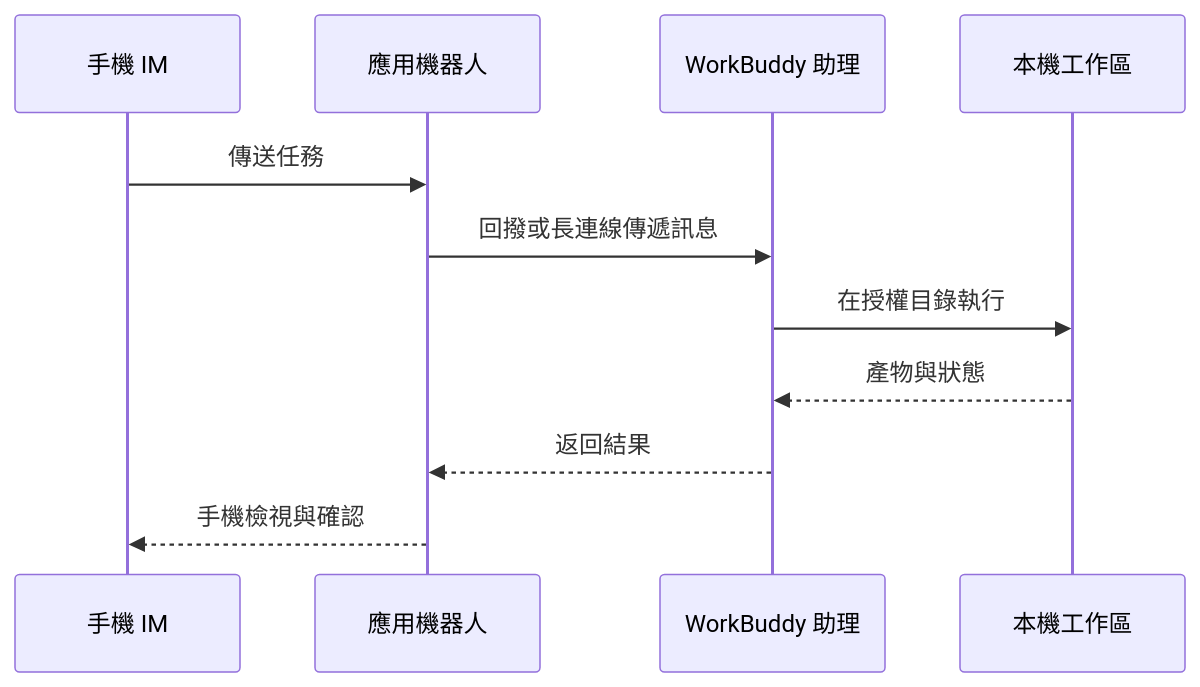
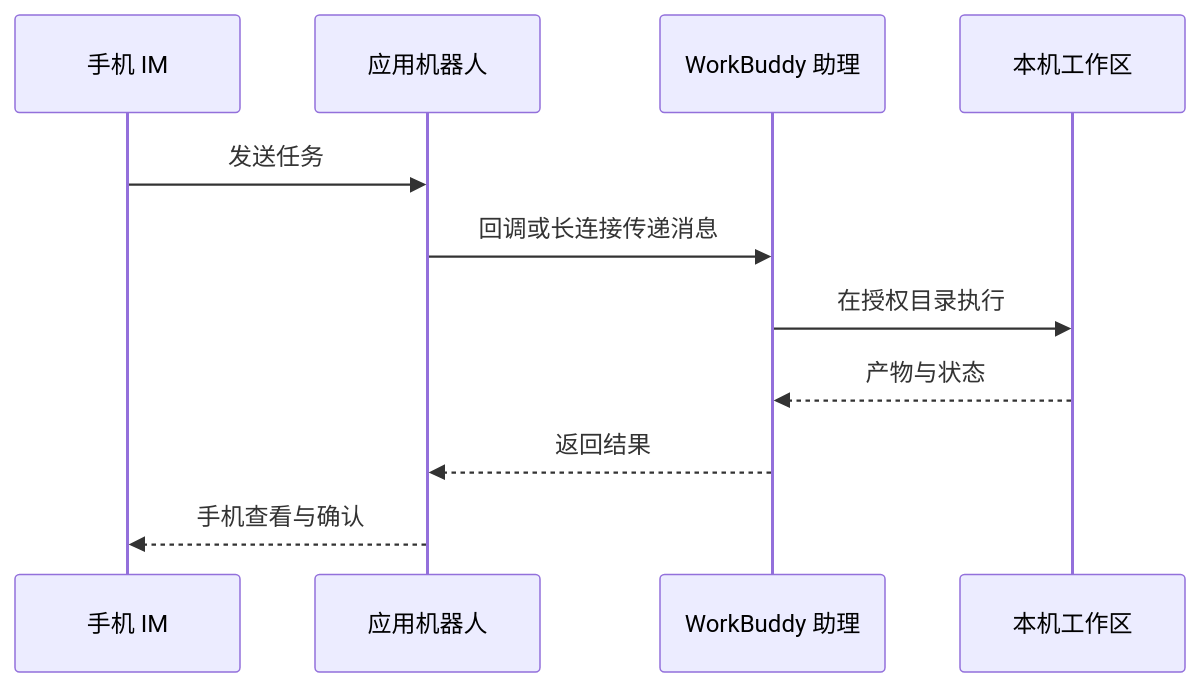
One commit to the-beating-light-of-the-nail/ai-tools-guide-site changed the diagram in docs/zh-tw/workbuddy/08-im-assistant/index.md. Above: the diagram before and after it, drawn with Mermaid. The commit also changed other lines of this file and 136 other files, not shown here.

````diff
--- a/docs/zh-tw/workbuddy/08-im-assistant/index.md
+++ b/docs/zh-tw/workbuddy/08-im-assistant/index.md
@@ -18,13 +24,13 @@
 ```mermaid
 sequenceDiagram
-    participant U as 手機 IM
-    participant B as 應用機器人
+    participant U as 手机 IM
+    participant B as 应用机器人
     participant W as WorkBuddy 助理
-    participant P as 本機工作區
-    U->>B: 傳送任務
-    B->>W: 回撥或長連線傳遞訊息
-    W->>P: 在授權目錄執行
-    P-->>W: 產物與狀態
-    W-->>B: 返回結果
-    B-->>U: 手機檢視與確認
+    participant P as 本机工作区
+    U->>B: 发送任务
+    B->>W: 回调或长连接传递消息
+    W->>P: 在授权目录执行
+    P-->>W: 产物与状态
+    W-->>B: 返回结果
+    B-->>U: 手机查看与确认
 ```
````
